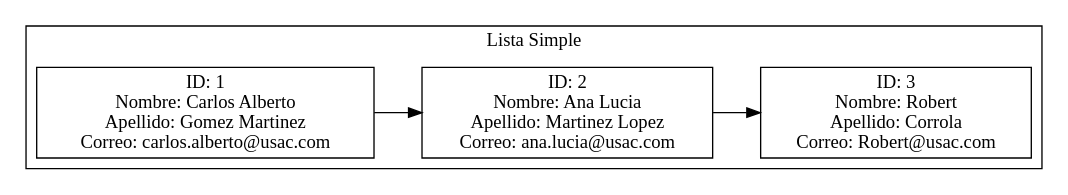
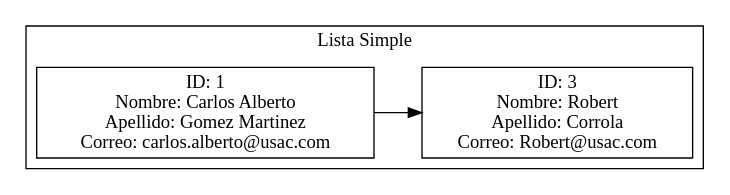
The diagram in Fase#2/Reportes/ListaUsuariosSimple.dot (Farot30/-EDD-1S2025_202307820), drawn with Graphviz before and after one commit. The commit also changed 25 other files, not shown here.

```diff
--- a/Fase#2/Reportes/ListaUsuariosSimple.dot
+++ b/Fase#2/Reportes/ListaUsuariosSimple.dot
@@ -1,12 +1,10 @@
 digraph G {
 rankdir=LR;
 node [shape=box];
 subgraph cluster_ListaSimple {
 label = "Lista Simple";
 node0 [label="ID: 1\nNombre: Carlos Alberto\nApellido: Gomez Martinez\nCorreo: carlos.alberto@usac.com"];
 node0 -> node1;
-node1 [label="ID: 2\nNombre: Ana Lucia\nApellido: Martinez Lopez\nCorreo: ana.lucia@usac.com"];
-node1 -> node2;
-node2 [label="ID: 3\nNombre: Robert\nApellido: Corrola\nCorreo: Robert@usac.com"];
+node1 [label="ID: 3\nNombre: Robert\nApellido: Corrola\nCorreo: Robert@usac.com"];
 }
 }
```
